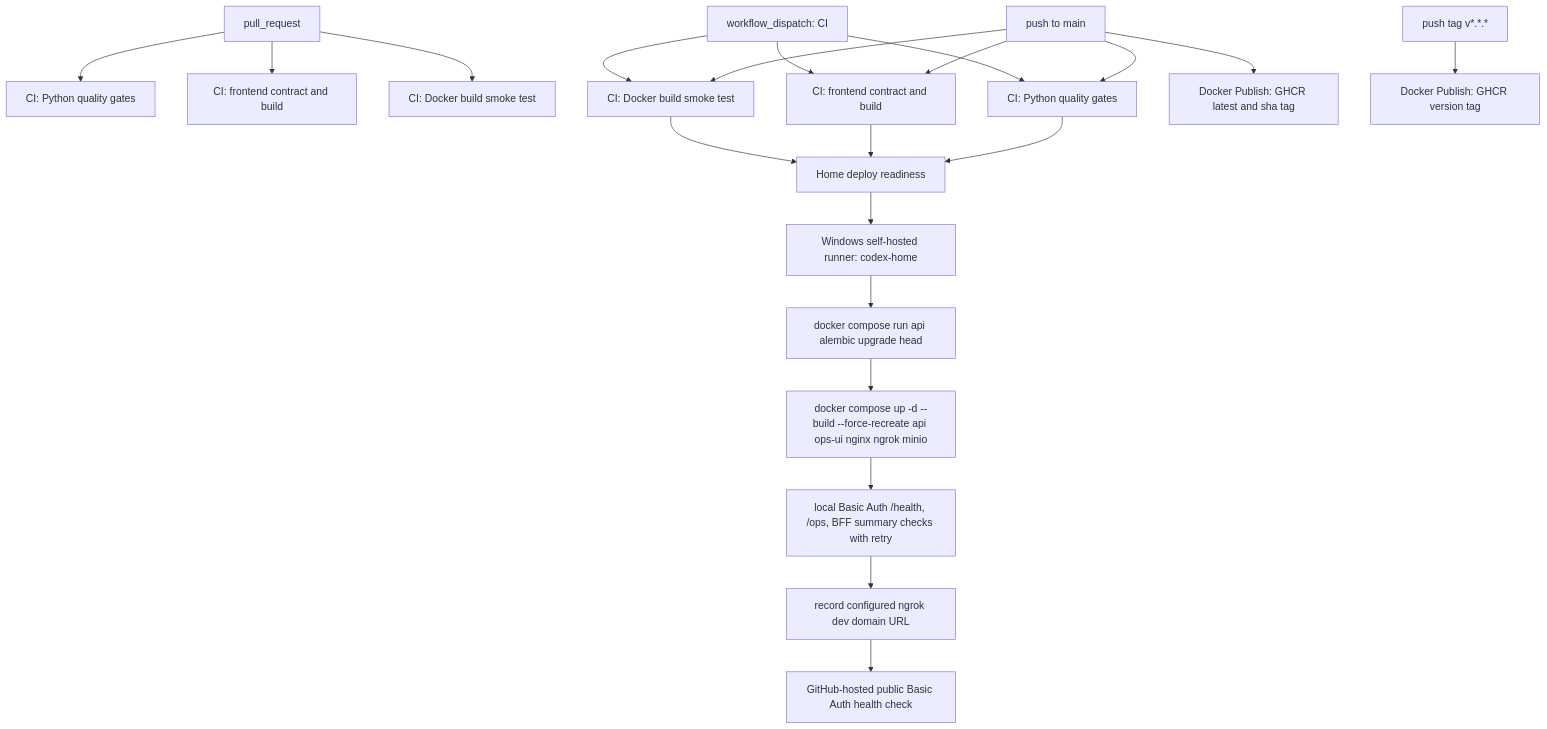
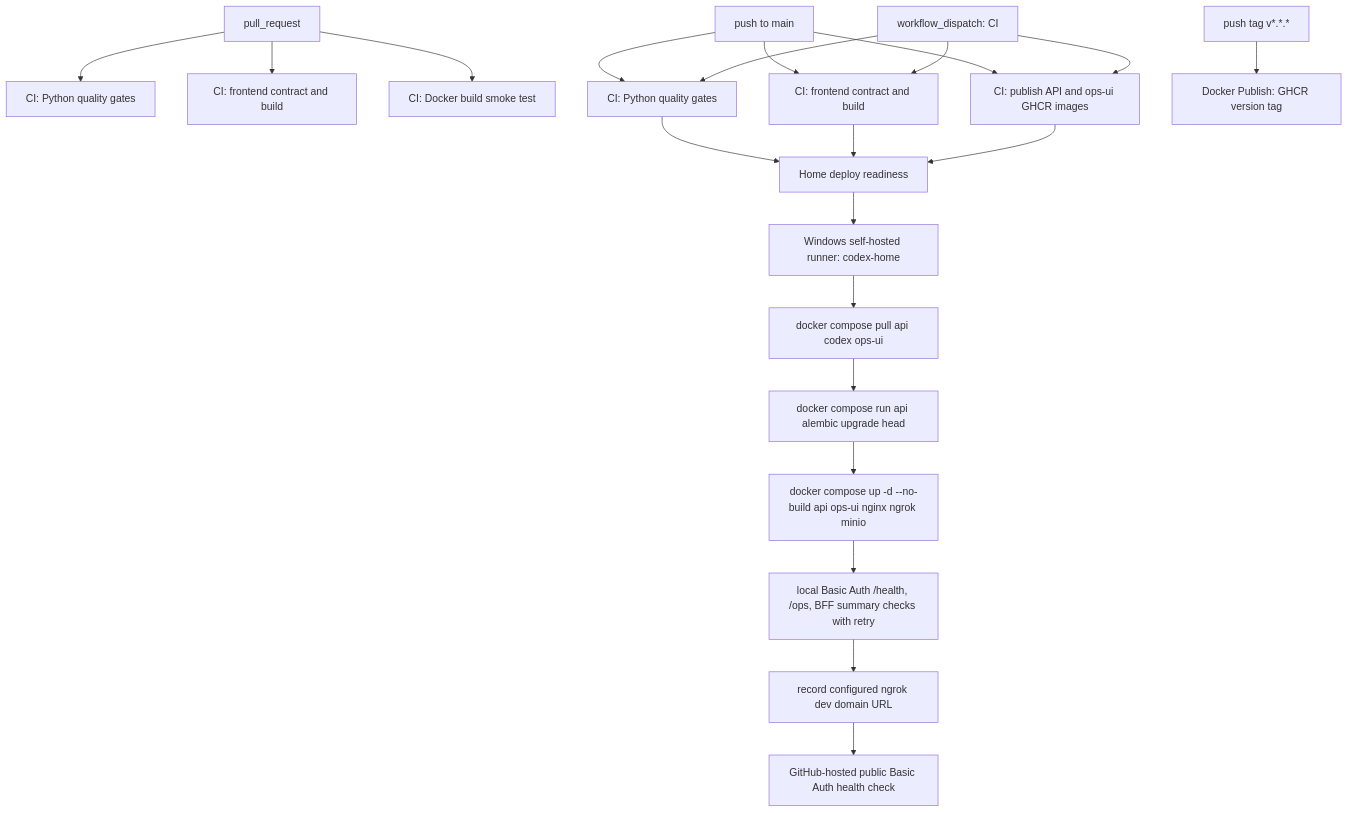
Before and after one commit to Mabaragi/codex-youtube-pipeline: the first of 5 diagrams in docs/CICD.md, drawn with Mermaid. The commit also changed other lines of this file and 27 other files, not shown here.

Commit message:
feat: optimize home deploy pipeline

````diff
--- a/docs/CICD.md
+++ b/docs/CICD.md
@@ -15,26 +15,26 @@
 ```mermaid
 flowchart TD
     PR["pull_request"] --> QualityPR["CI: Python quality gates"]
     PR --> FrontendPR["CI: frontend contract and build"]
     PR --> DockerPR["CI: Docker build smoke test"]
 
     Main["push to main"] --> QualityMain["CI: Python quality gates"]
     Main --> FrontendMain["CI: frontend contract and build"]
-    Main --> DockerMain["CI: Docker build smoke test"]
-    Main --> PublishMain["Docker Publish: GHCR latest and sha tag"]
+    Main --> PublishMain["CI: publish API and ops-ui GHCR images"]
 
     QualityMain --> Preflight["Home deploy readiness"]
     FrontendMain --> Preflight
-    DockerMain --> Preflight
+    PublishMain --> Preflight
     Preflight --> HomeRunner["Windows self-hosted runner: codex-home"]
-    HomeRunner --> Migration["docker compose run api alembic upgrade head"]
-    Migration --> ComposeDeploy["docker compose up -d --build --force-recreate api ops-ui nginx ngrok minio"]
+    HomeRunner --> PullImages["docker compose pull api codex ops-ui"]
+    PullImages --> Migration["docker compose run api alembic upgrade head"]
+    Migration --> ComposeDeploy["docker compose up -d --no-build api ops-ui nginx ngrok minio"]
     ComposeDeploy --> LocalHealth["local Basic Auth /health, /ops, BFF summary checks with retry"]
     LocalHealth --> CaptureUrl["record configured ngrok dev domain URL"]
     CaptureUrl --> PublicHealth["GitHub-hosted public Basic Auth health check"]
 
     Tag["push tag v*.*.*"] --> PublishTag["Docker Publish: GHCR version tag"]
     Manual["workflow_dispatch: CI"] --> QualityMain
     Manual --> FrontendMain
-    Manual --> DockerMain
+    Manual --> PublishMain
 ```
````
